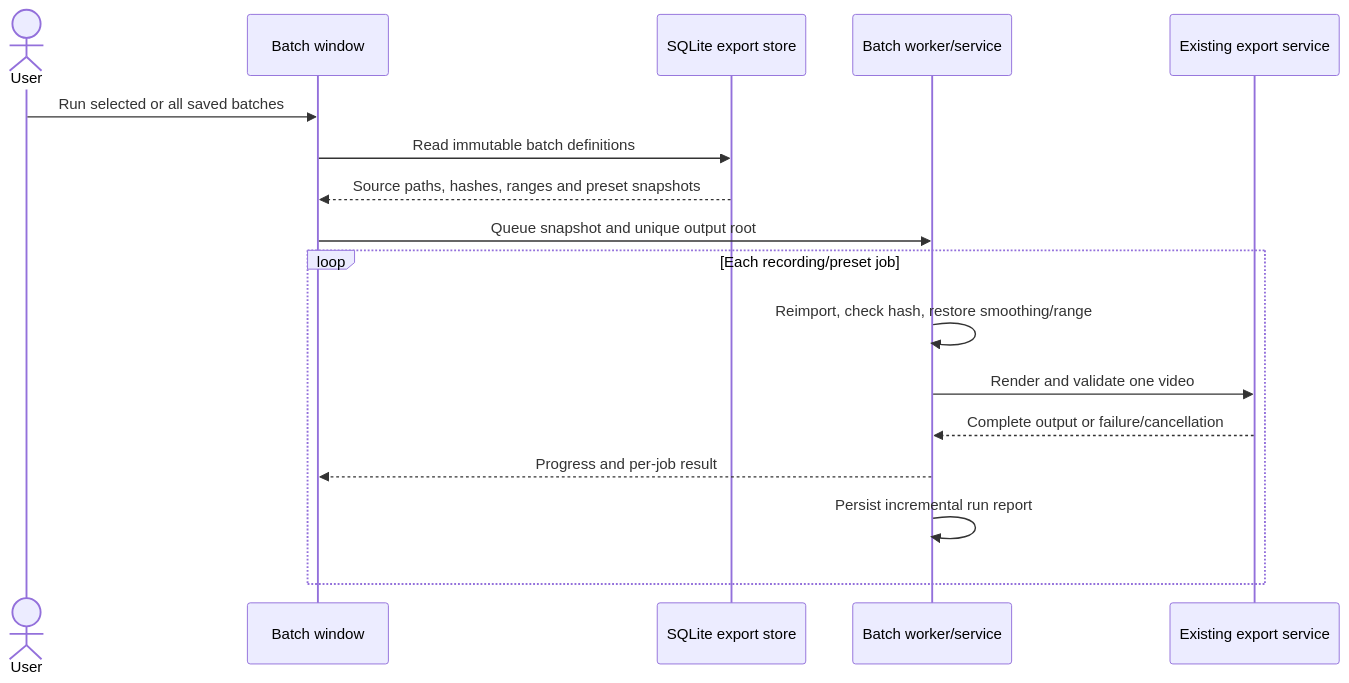
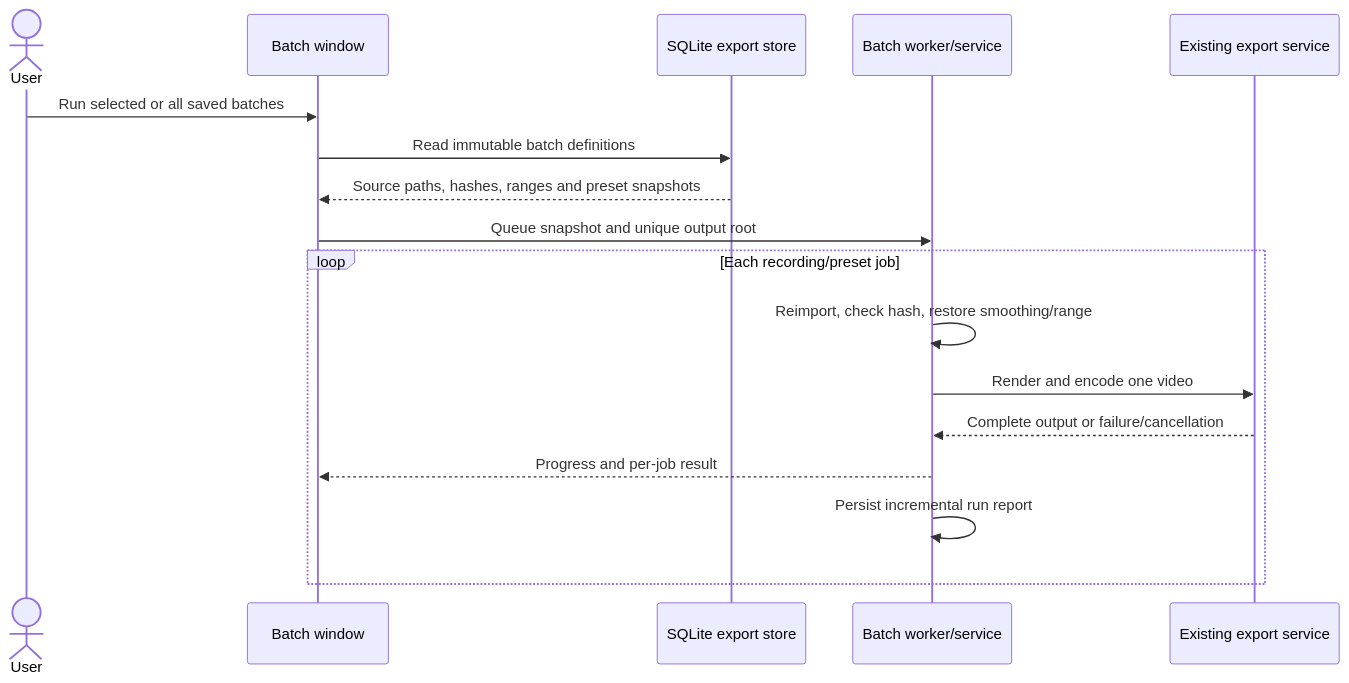
Before and after one commit to rudnerbjoern/ride-forces-analyzer: the fifth of 5 diagrams in docs/architecture/06_runtime_view.md, drawn with Mermaid. The commit also changed other lines of this file and 12 other files, not shown here.

````diff
--- a/docs/architecture/06_runtime_view.md
+++ b/docs/architecture/06_runtime_view.md
@@ -198,19 +198,19 @@
 ```mermaid
 sequenceDiagram
     actor User
     participant UI as Batch window
     participant Store as SQLite export store
     participant Queue as Batch worker/service
     participant Encoder as Existing export service
     User->>UI: Run selected or all saved batches
     UI->>Store: Read immutable batch definitions
     Store-->>UI: Source paths, hashes, ranges and preset snapshots
     UI->>Queue: Queue snapshot and unique output root
     loop Each recording/preset job
         Queue->>Queue: Reimport, check hash, restore smoothing/range
-        Queue->>Encoder: Render and validate one video
+        Queue->>Encoder: Render and encode one video
         Encoder-->>Queue: Complete output or failure/cancellation
         Queue-->>UI: Progress and per-job result
         Queue->>Queue: Persist incremental run report
     end
 ```
````
